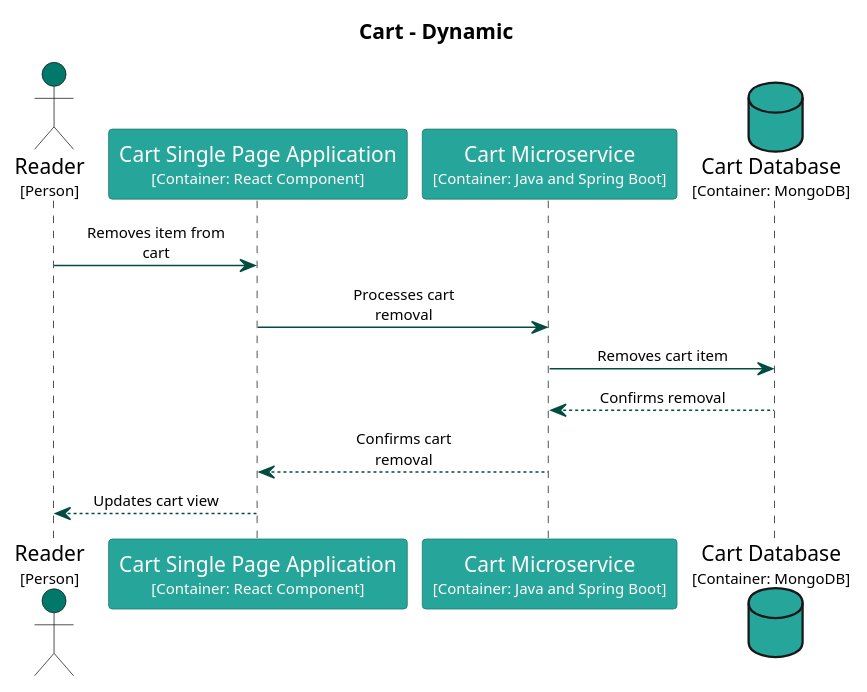
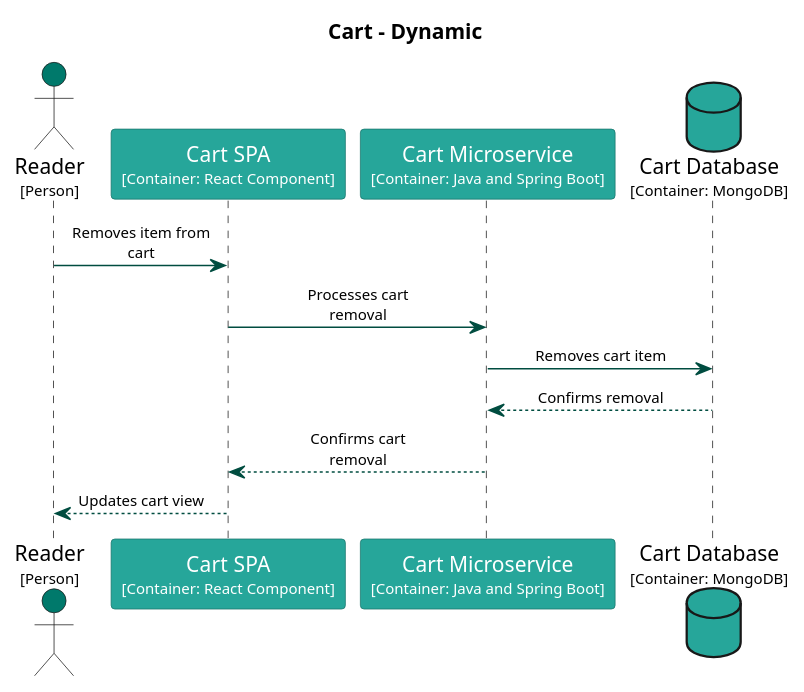
Before and after one commit to Goodmorning918/E-Library-Architecture: the diagram in main/puml/remove-item-from-cart.puml, drawn with PlantUML. The commit also changed 147 other files, not shown here.

Commit message:
Deploying to gh-pages from @ Goodmorning918/E-Library-Architecture@44f7933ce3b599391c9f964d6f6a5102fbb01043 🚀

```diff
--- a/main/puml/remove-item-from-cart.puml
+++ b/main/puml/remove-item-from-cart.puml
@@ -1,49 +1,49 @@
 @startuml
 set separator none
 title Cart - Dynamic
 
 skinparam {
   arrowFontSize 10
   defaultTextAlignment center
   wrapWidth 200
   maxMessageSize 100
 }
 
 hide stereotype
 
 skinparam sequenceParticipant<<Cart.CartDatabase>> {
   BackgroundColor #26a69a
   FontColor #ffffff
   BorderColor #1a746b
   shadowing false
 }
 skinparam sequenceParticipant<<Cart.CartMicroservice>> {
   BackgroundColor #26a69a
   FontColor #ffffff
   BorderColor #1a746b
   shadowing false
 }
-skinparam sequenceParticipant<<Cart.CartSinglePageApplication>> {
+skinparam sequenceParticipant<<Cart.CartSPA>> {
   BackgroundColor #26a69a
   FontColor #ffffff
   BorderColor #1a746b
   shadowing false
 }
 skinparam sequenceParticipant<<Reader>> {
   BackgroundColor #00796b
   FontColor #ffffff
   BorderColor #00544a
   shadowing false
 }
 
 actor "Reader\n<size:10>[Person]</size>" as Reader <<Reader>> #00796b
-participant "Cart Single Page Application\n<size:10>[Container: React Component]</size>" as Cart.CartSinglePageApplication <<Cart.CartSinglePageApplication>> #26a69a
+participant "Cart SPA\n<size:10>[Container: React Component]</size>" as Cart.CartSPA <<Cart.CartSPA>> #26a69a
 participant "Cart Microservice\n<size:10>[Container: Java and Spring Boot]</size>" as Cart.CartMicroservice <<Cart.CartMicroservice>> #26a69a
 database "Cart Database\n<size:10>[Container: MongoDB]</size>" as Cart.CartDatabase <<Cart.CartDatabase>> #26a69a
-Reader -[#004d40]> Cart.CartSinglePageApplication : Removes item from cart
-Cart.CartSinglePageApplication -[#004d40]> Cart.CartMicroservice : Processes cart removal
+Reader -[#004d40]> Cart.CartSPA : Removes item from cart
+Cart.CartSPA -[#004d40]> Cart.CartMicroservice : Processes cart removal
 Cart.CartMicroservice -[#004d40]> Cart.CartDatabase : Removes cart item
 Cart.CartMicroservice <-[#004d40]- Cart.CartDatabase : Confirms removal
-Cart.CartSinglePageApplication <-[#004d40]- Cart.CartMicroservice : Confirms cart removal
-Reader <-[#004d40]- Cart.CartSinglePageApplication : Updates cart view
+Cart.CartSPA <-[#004d40]- Cart.CartMicroservice : Confirms cart removal
+Reader <-[#004d40]- Cart.CartSPA : Updates cart view
 @enduml
```
